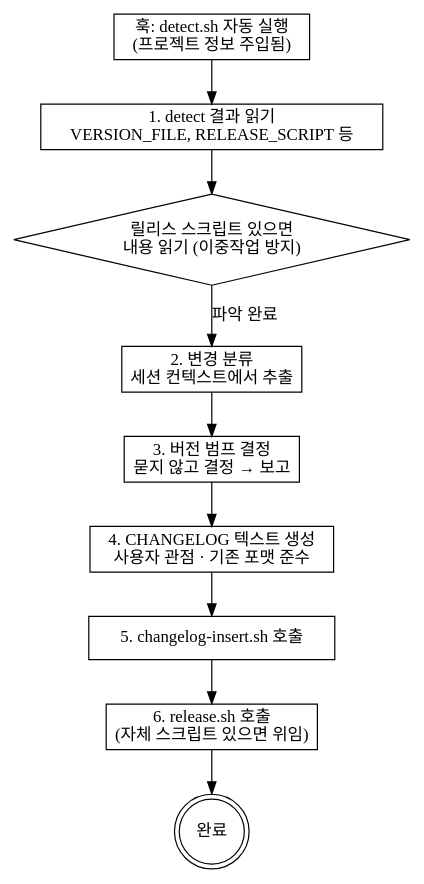
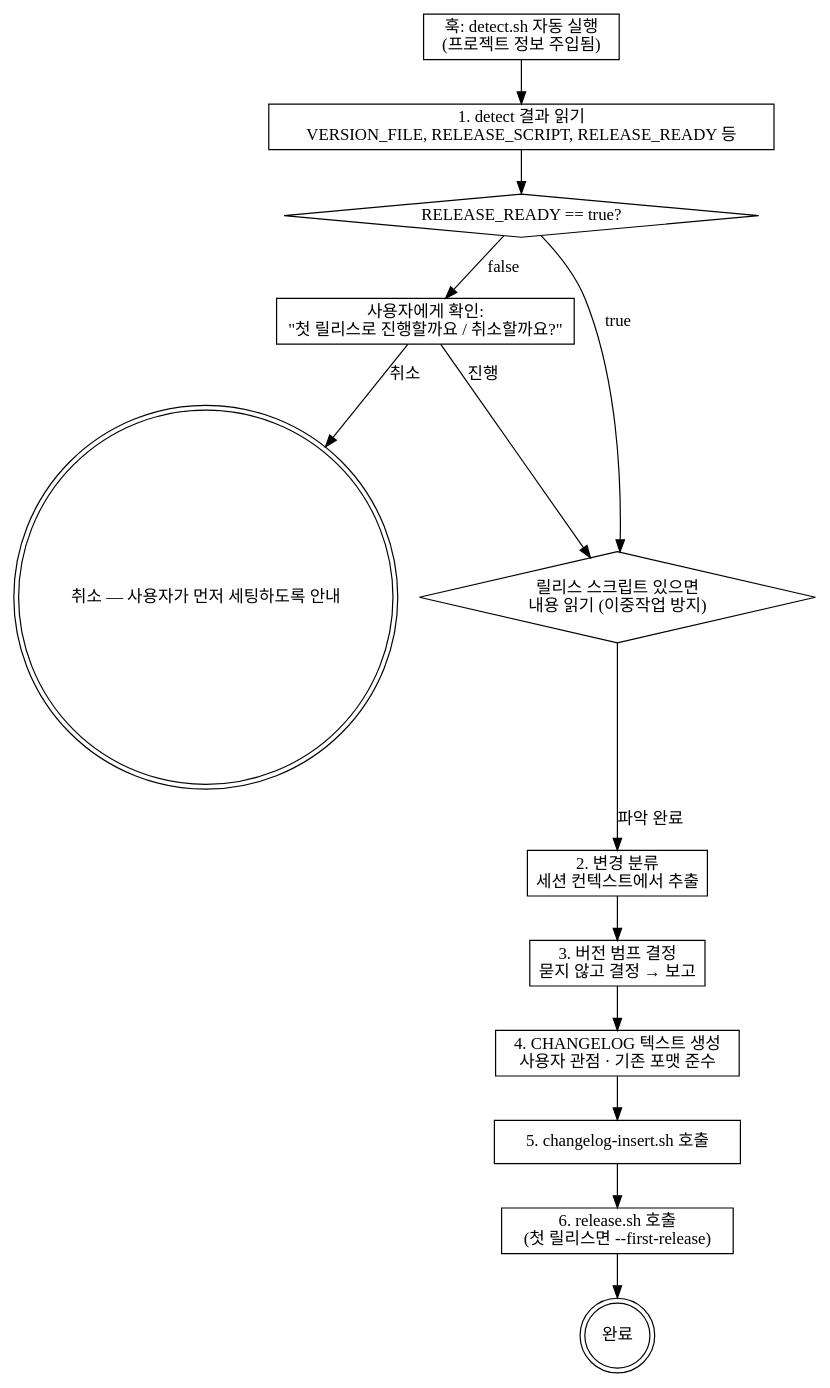
One commit to wis-graph/release-docs-skill changed the diagram in skills/release-docs/SKILL.md. Above: the diagram before and after it, drawn with Graphviz. The commit also changed other lines of this file and 4 other files, not shown here.

````diff
--- a/skills/release-docs/SKILL.md
+++ b/skills/release-docs/SKILL.md
@@ -16,20 +23,27 @@
 ```dot
 digraph release {
   rankdir=TB;
   node [shape=box];
 
   hook [label="훅: detect.sh 자동 실행\n(프로젝트 정보 주입됨)"];
-  read_detect [label="1. detect 결과 읽기\nVERSION_FILE, RELEASE_SCRIPT 등"];
+  read_detect [label="1. detect 결과 읽기\nVERSION_FILE, RELEASE_SCRIPT, RELEASE_READY 등"];
+  ready_check [label="RELEASE_READY == true?", shape=diamond];
+  ask_first [label="사용자에게 확인:\n\"첫 릴리스로 진행할까요 / 취소할까요?\""];
+  cancel [label="취소 — 사용자가 먼저 세팅하도록 안내", shape=doublecircle];
   read_script [label="릴리스 스크립트 있으면\n내용 읽기 (이중작업 방지)", shape=diamond];
   classify [label="2. 변경 분류\n세션 컨텍스트에서 추출"];
   bump_decide [label="3. 버전 범프 결정\n묻지 않고 결정 → 보고"];
   changelog [label="4. CHANGELOG 텍스트 생성\n사용자 관점 · 기존 포맷 준수"];
   insert [label="5. changelog-insert.sh 호출"];
-  release [label="6. release.sh 호출\n(자체 스크립트 있으면 위임)"];
+  release [label="6. release.sh 호출\n(첫 릴리스면 --first-release)"];
   done [label="완료", shape=doublecircle];
 
-  hook -> read_detect -> read_script;
+  hook -> read_detect -> ready_check;
+  ready_check -> read_script [label="true"];
+  ready_check -> ask_first [label="false"];
+  ask_first -> read_script [label="진행"];
+  ask_first -> cancel [label="취소"];
   read_script -> classify [label="파악 완료"];
   classify -> bump_decide -> changelog -> insert -> release -> done;
 }
 ```
````
